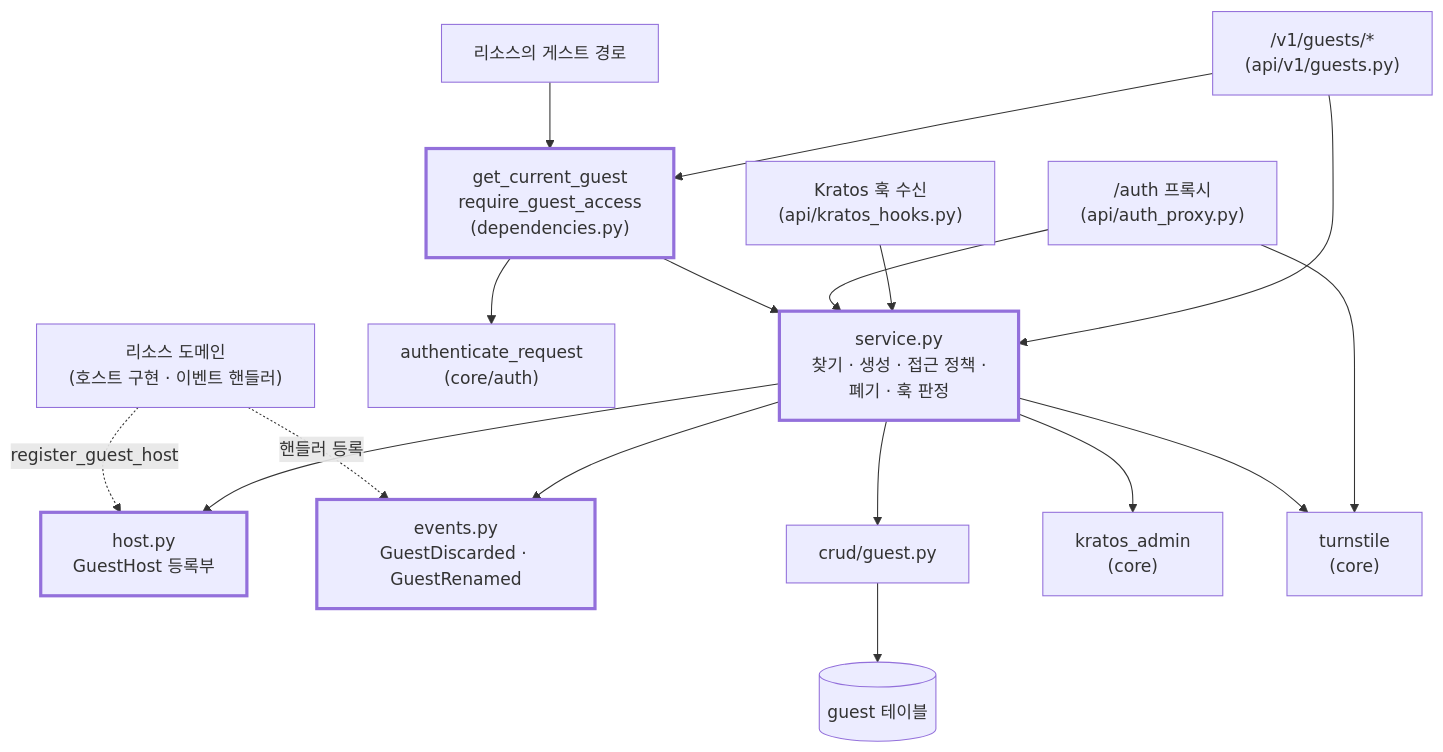
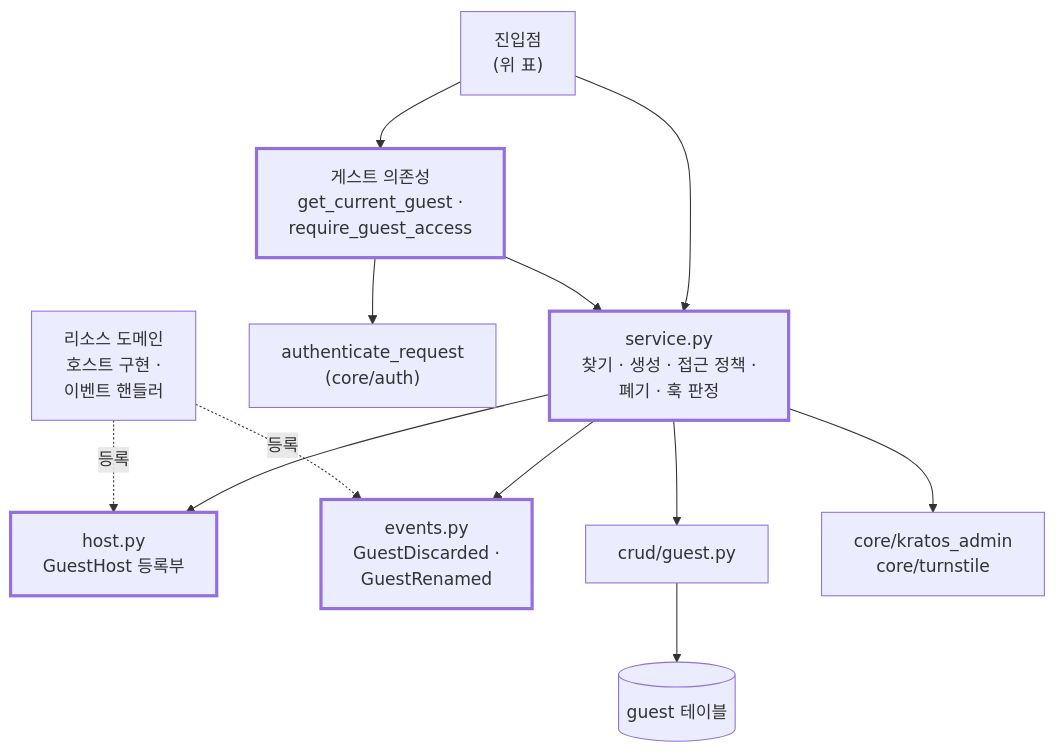
The tenth of 10 diagrams in docs/guides/guest.ko.md (onprem-hipster-timer/backend), drawn with Mermaid before and after one commit. The commit also changed other lines of this file, not shown here.

Commit message:
docs(guest): 객체 의존성의 진입점을 표로 빼고 그림을 줄인다

````diff
--- a/docs/guides/guest.ko.md
+++ b/docs/guides/guest.ko.md
@@ -651,38 +660,16 @@
 ```mermaid
 graph TD
-    R1["/v1/guests/*<br/>(api/v1/guests.py)"]
-    R2["Kratos 훅 수신<br/>(api/kratos_hooks.py)"]
-    R3["/auth 프록시<br/>(api/auth_proxy.py)"]
-    R4["리소스의 게스트 경로"]
-
-    DEP["get_current_guest<br/>require_guest_access<br/>(dependencies.py)"]
-    SVC["service.py<br/>찾기 · 생성 · 접근 정책 ·<br/>폐기 · 훅 판정"]
-    HOST["host.py<br/>GuestHost 등록부"]
-    EV["events.py<br/>GuestDiscarded · GuestRenamed"]
-
-    AUTH["authenticate_request<br/>(core/auth)"]
-    CRUD["crud/guest.py"]
-    TBL[("guest 테이블")]
-    KA["kratos_admin<br/>(core)"]
-    TS["turnstile<br/>(core)"]
-    RES["리소스 도메인<br/>(호스트 구현 · 이벤트 핸들러)"]
-
-    R1 --> SVC
-    R1 --> DEP
-    R2 --> SVC
-    R3 --> SVC
-    R3 --> TS
-    R4 --> DEP
-    DEP --> AUTH
-    DEP --> SVC
-    SVC --> HOST
-    SVC --> CRUD --> TBL
-    SVC --> KA
-    SVC --> TS
-    SVC --> EV
-    RES -.->|"register_guest_host"| HOST
-    RES -.->|"핸들러 등록"| EV
+    IN["진입점<br/>(위 표)"] --> DEP["게스트 의존성<br/>get_current_guest ·<br/>require_guest_access"]
+    IN --> SVC
+    DEP --> AUTH["authenticate_request<br/>(core/auth)"]
+    DEP --> SVC["service.py<br/>찾기 · 생성 · 접근 정책 ·<br/>폐기 · 훅 판정"]
+    SVC --> HOST["host.py<br/>GuestHost 등록부"]
+    SVC --> EV["events.py<br/>GuestDiscarded ·<br/>GuestRenamed"]
+    SVC --> CRUD["crud/guest.py"] --> TBL[("guest 테이블")]
+    SVC --> EXT["core/kratos_admin<br/>core/turnstile"]
+    RES["리소스 도메인<br/>호스트 구현 ·<br/>이벤트 핸들러"] -.->|등록| HOST
+    RES -.->|등록| EV
 
     classDef guest stroke-width:3px
     class DEP,SVC,HOST,EV guest
 ```
````
